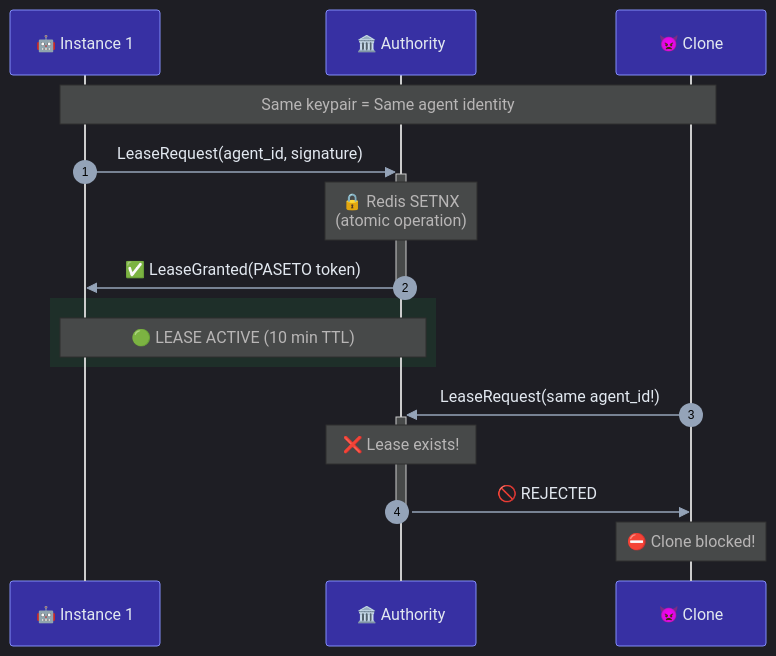
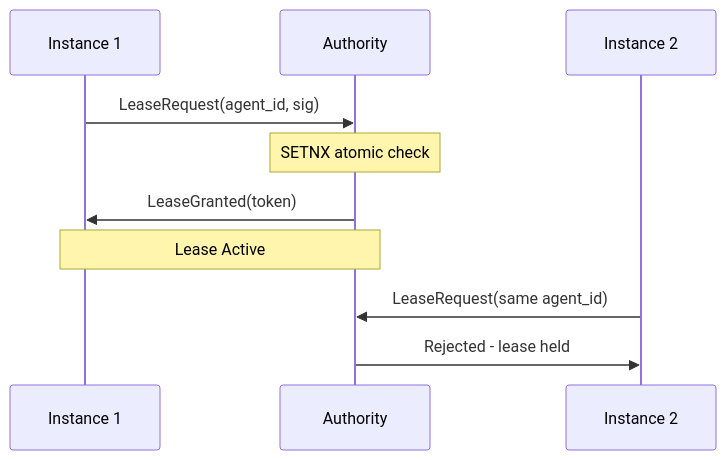
One commit to trustorno/sigaid changed the fourth of 7 diagrams in README.md. Above: the diagram before and after it, drawn with Mermaid. The commit also changed other lines of this file, not shown here.

Commit message:
Clean minimal Mermaid diagrams - no backgrounds, no emojis

````diff
--- a/README.md
+++ b/README.md
@@ -172,29 +91,15 @@
 ```mermaid
-%%{init: {'theme': 'dark', 'themeVariables': { 'fontFamily': 'ui-monospace, monospace', 'actorTextColor': '#e2e8f0', 'actorBkg': '#3730a3', 'actorBorder': '#818cf8', 'signalColor': '#94a3b8', 'signalTextColor': '#e2e8f0'}}}%%
 sequenceDiagram
-    autonumber
+    participant I1 as Instance 1
+    participant Auth as Authority
+    participant I2 as Instance 2
 
-    participant I1 as 🤖 Instance 1
-    participant AUTH as 🏛️ Authority
-    participant I2 as 👿 Clone
+    I1->>Auth: LeaseRequest(agent_id, sig)
+    Note over Auth: SETNX atomic check
+    Auth->>I1: LeaseGranted(token)
 
-    Note over I1,I2: Same keypair = Same agent identity
+    Note over I1,Auth: Lease Active
 
-    I1->>+AUTH: LeaseRequest(agent_id, signature)
-
-    Note over AUTH: 🔒 Redis SETNX<br/>(atomic operation)
-
-    AUTH->>-I1: ✅ LeaseGranted(PASETO token)
-
-    rect rgba(34, 197, 94, 0.1)
-        Note over I1,AUTH: 🟢 LEASE ACTIVE (10 min TTL)
-    end
-
-    I2->>+AUTH: LeaseRequest(same agent_id!)
-
-    Note over AUTH: ❌ Lease exists!
-
-    AUTH->>-I2: 🚫 REJECTED
-
-    Note over I2: ⛔ Clone blocked!
+    I2->>Auth: LeaseRequest(same agent_id)
+    Auth->>I2: Rejected - lease held
 ```
````
